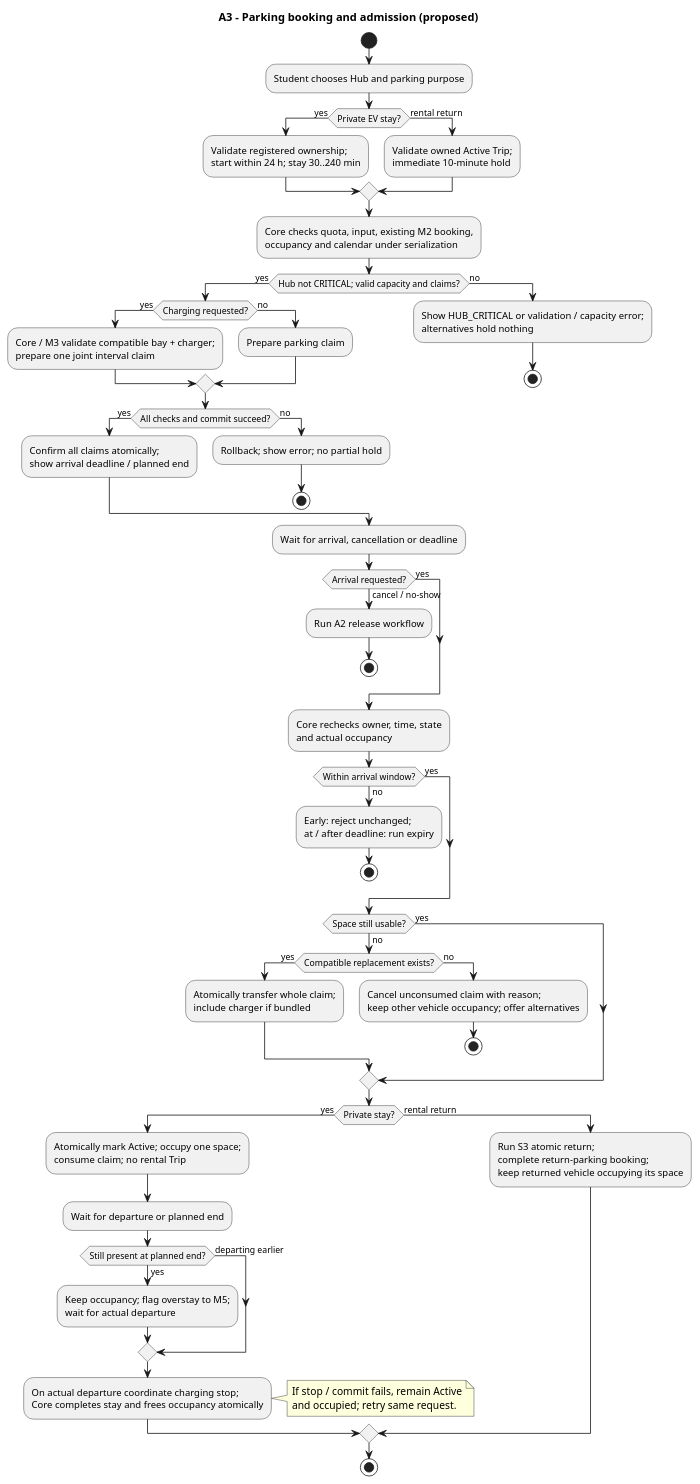
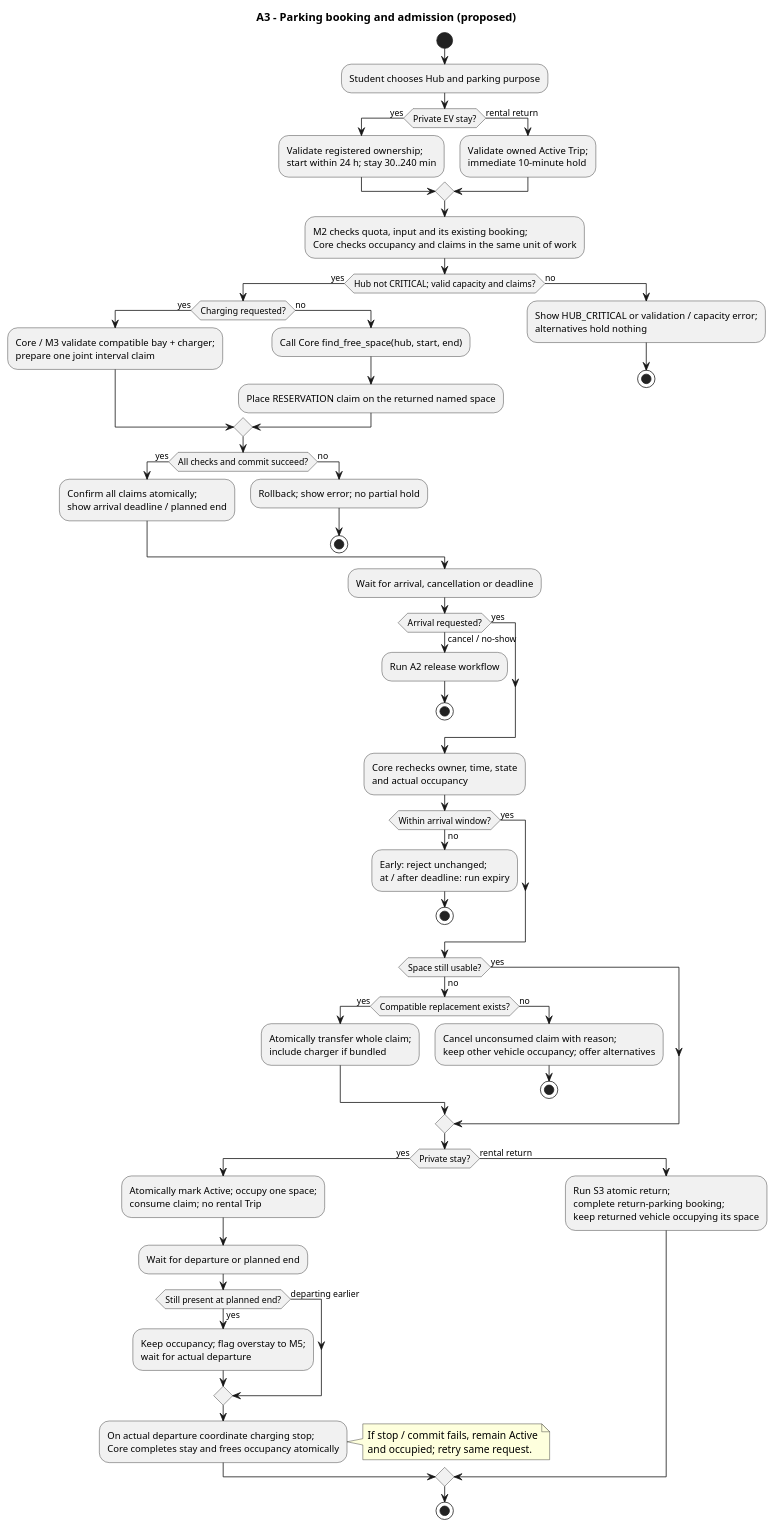
One commit to MabC06/smart-e-mobility-hub changed the diagram in docs/design/behavioral/reservation-diagrams/a3-parking.puml. Above: the diagram before and after it, drawn with PlantUML. The commit also changed 2 other files, not shown here.

Commit message:
docs(reservation): select named space before claiming (FR-05)

```diff
--- a/docs/design/behavioral/reservation-diagrams/a3-parking.puml
+++ b/docs/design/behavioral/reservation-diagrams/a3-parking.puml
@@ -1,66 +1,67 @@
 @startuml
 title A3 - Parking booking and admission (proposed)
 skinparam shadowing false
 skinparam defaultFontName Arial
 start
 :Student chooses Hub and parking purpose;
 if (Private EV stay?) then (yes)
   :Validate registered ownership;\nstart within 24 h; stay 30..240 min;
 else (rental return)
   :Validate owned Active Trip;\nimmediate 10-minute hold;
 endif
-:Core checks quota, input, existing M2 booking,\noccupancy and calendar under serialization;
+:M2 checks quota, input and its existing booking;\nCore checks occupancy and claims in the same unit of work;
 if (Hub not CRITICAL; valid capacity and claims?) then (yes)
   if (Charging requested?) then (yes)
     :Core / M3 validate compatible bay + charger;\nprepare one joint interval claim;
   else (no)
-    :Prepare parking claim;
+    :Call Core find_free_space(hub, start, end);
+    :Place RESERVATION claim on the returned named space;
   endif
   if (All checks and commit succeed?) then (yes)
     :Confirm all claims atomically;\nshow arrival deadline / planned end;
   else (no)
     :Rollback; show error; no partial hold;
     stop
   endif
 else (no)
   :Show HUB_CRITICAL or validation / capacity error;\nalternatives hold nothing;
   stop
 endif
 :Wait for arrival, cancellation or deadline;
 if (Arrival requested?) then (yes)
 else (cancel / no-show)
   :Run A2 release workflow;
   stop
 endif
 :Core rechecks owner, time, state\nand actual occupancy;
 if (Within arrival window?) then (yes)
 else (no)
   :Early: reject unchanged;\nat / after deadline: run expiry;
   stop
 endif
 if (Space still usable?) then (yes)
 else (no)
   if (Compatible replacement exists?) then (yes)
     :Atomically transfer whole claim;\ninclude charger if bundled;
   else (no)
     :Cancel unconsumed claim with reason;\nkeep other vehicle occupancy; offer alternatives;
     stop
   endif
 endif
 if (Private stay?) then (yes)
   :Atomically mark Active; occupy one space;\nconsume claim; no rental Trip;
   :Wait for departure or planned end;
   if (Still present at planned end?) then (yes)
     :Keep occupancy; flag overstay to M5;\nwait for actual departure;
   else (departing earlier)
   endif
   :On actual departure coordinate charging stop;\nCore completes stay and frees occupancy atomically;
   note right
     If stop / commit fails, remain Active
     and occupied; retry same request.
   end note
 else (rental return)
   :Run S3 atomic return;\ncomplete return-parking booking;\nkeep returned vehicle occupying its space;
 endif
 stop
 @enduml
```
